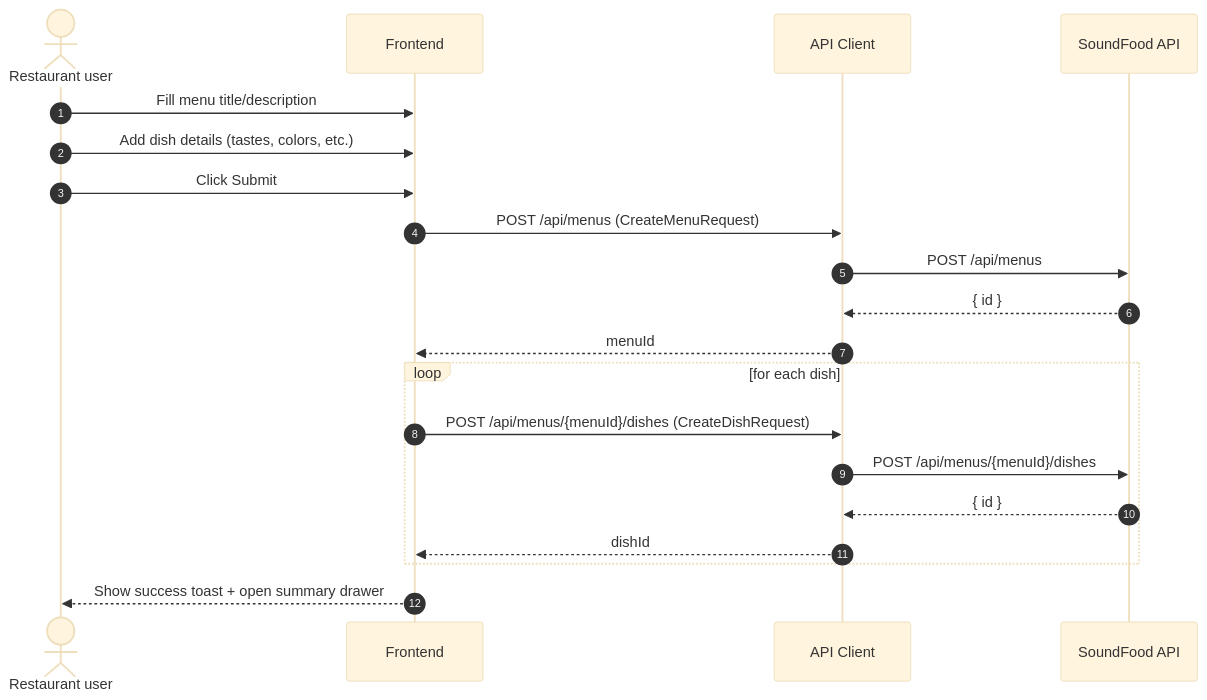
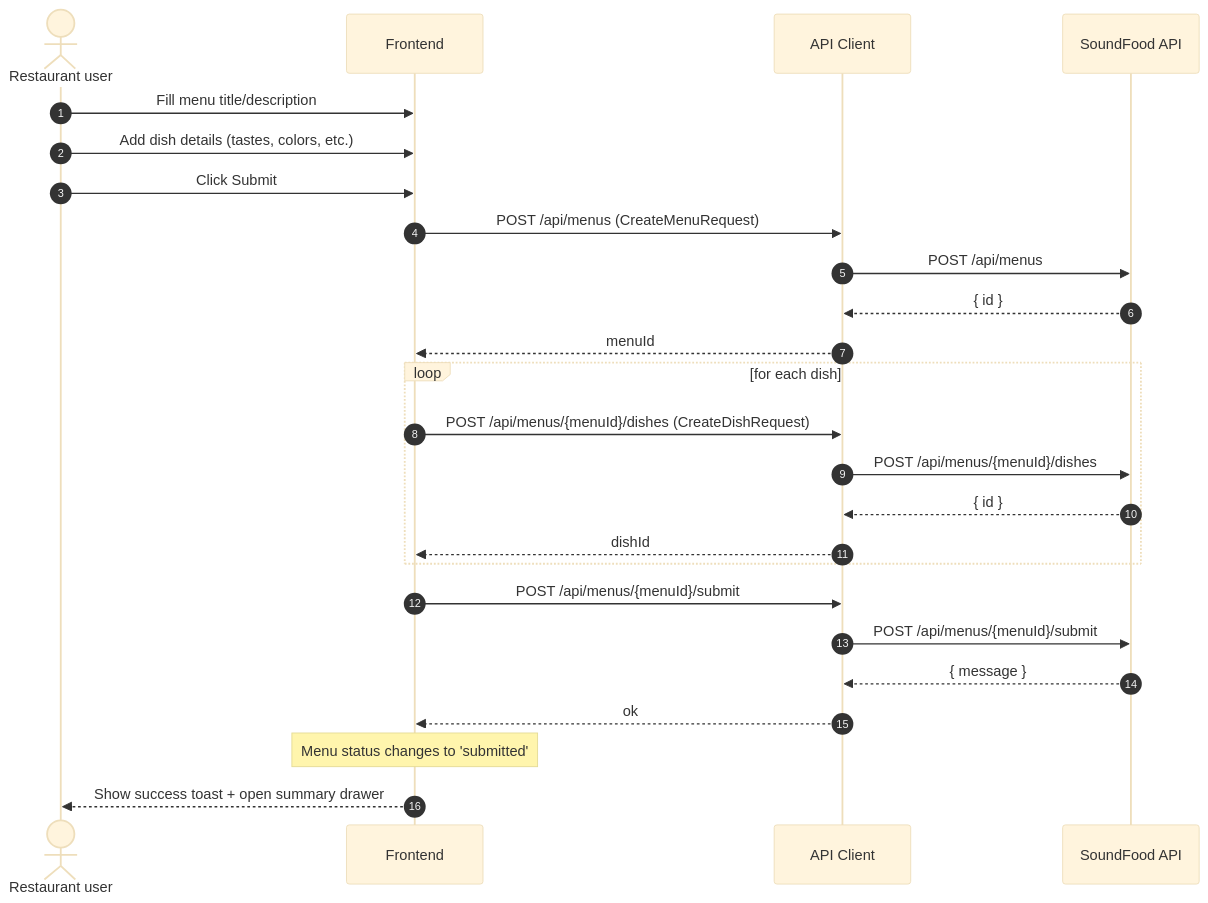
Before and after one commit to matteospanio/sf-demo-menu-intf: the second of 8 diagrams in README.md, drawn with Mermaid (base theme). The commit also changed other lines of this file and 15 other files, not shown here.

First line of the commit message:
💄 Add profile page and menu status UI

````diff
--- a/README.md
+++ b/README.md
@@ -218,26 +230,32 @@
 ```mermaid
 sequenceDiagram
   autonumber
   actor U as Restaurant user
   participant FE as Frontend
   participant A as API Client
   participant API as SoundFood API
 
   U->>FE: Fill menu title/description
   U->>FE: Add dish details (tastes, colors, etc.)
   U->>FE: Click Submit
 
   FE->>A: POST /api/menus (CreateMenuRequest)
   A->>API: POST /api/menus
   API-->>A: { id }
   A-->>FE: menuId
 
   loop for each dish
     FE->>A: POST /api/menus/{menuId}/dishes (CreateDishRequest)
     A->>API: POST /api/menus/{menuId}/dishes
     API-->>A: { id }
     A-->>FE: dishId
   end
 
+  FE->>A: POST /api/menus/{menuId}/submit
+  A->>API: POST /api/menus/{menuId}/submit
+  API-->>A: { message }
+  A-->>FE: ok
+  Note over FE: Menu status changes to 'submitted'
+
   FE-->>U: Show success toast + open summary drawer
 ```
````
